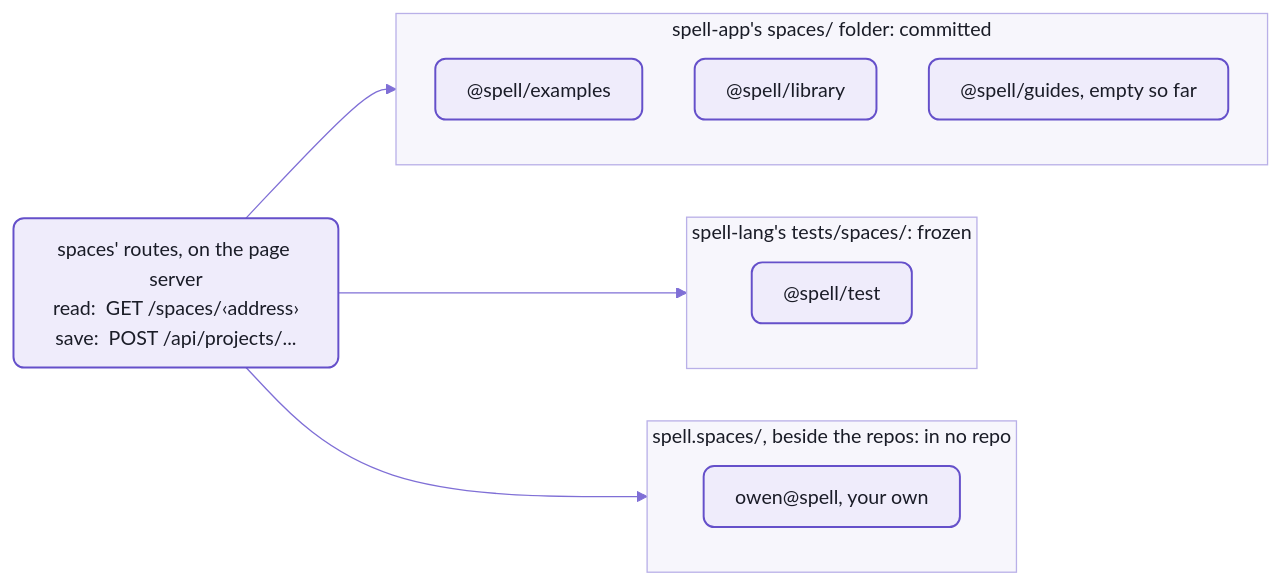
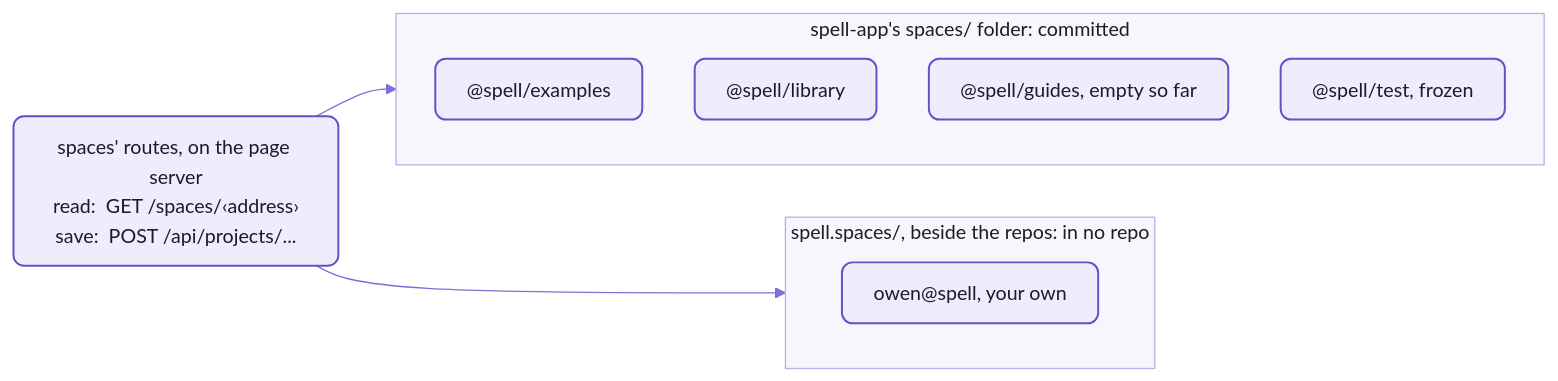
Before and after one commit to spell-app/spell: the first of 2 diagrams in app/README-spaces.md, drawn with Mermaid. The commit also changed other lines of this file and 187 other files, not shown here.

Commit message:
spanish P18, J73-J77:  Move the @spell Projects -- @spell/test lives in spell-app with every @spell group;  the 223 tests that compile whole projects moved up with it (spell-lang 3736 -> 3513, spell-app 761 -> 984);  fixture helpers are spell-app/spaces/test

````diff
--- a/app/README-spaces.md
+++ b/app/README-spaces.md
@@ -37,21 +37,18 @@
 ```mermaid
 %%{init: {"theme":"base","themeVariables":{"fontFamily":"-apple-system, BlinkMacSystemFont, Segoe UI, Helvetica, Arial, sans-serif","fontSize":"15px","primaryColor":"#EFECFB","primaryBorderColor":"#6550CA","primaryTextColor":"#1A1C27","secondaryColor":"#F4F1E9","tertiaryColor":"#F7F6FC","lineColor":"#7F6FD6","textColor":"#7F6FD6","clusterBkg":"#F7F6FC","clusterBorder":"#B9B0E8","titleColor":"#1A1C27","edgeLabelBackground":"#F7F6FC","actorBkg":"#EFECFB","actorBorder":"#6550CA","actorTextColor":"#1A1C27","actorLineColor":"#9C90DE","signalColor":"#7F6FD6","signalTextColor":"#7F6FD6","labelBoxBkgColor":"#EFECFB","labelBoxBorderColor":"#6550CA","labelTextColor":"#1A1C27","loopTextColor":"#7F6FD6","noteBkgColor":"#F1E7D4","noteBorderColor":"#C9B48A","noteTextColor":"#1A1C27","activationBkgColor":"#DCD6F7","activationBorderColor":"#6550CA","sequenceNumberColor":"#FFFFFF"},"flowchart":{"curve":"basis","padding":12,"nodeSpacing":40,"rankSpacing":44}}}%%
 flowchart LR
   server["spaces' routes, on the page server<br/>read:  GET /spaces/‹address›<br/>save:  POST /api/projects/..."]
   subgraph app["spell-app's spaces/ folder:  committed"]
     examples["@spell/examples"]
     library["@spell/library"]
     guides["@spell/guides, empty so far"]
-  end
-  subgraph lang["spell-lang's tests/spaces/:  frozen"]
-    tests["@spell/test"]
+    tests["@spell/test, frozen"]
   end
   subgraph yours["spell.spaces/, beside the repos:  in no repo"]
     own["owen@spell, your own"]
   end
   server --> app
-  server --> lang
   server --> yours
   %% the Spell look:  yarn mermaid:pretty
   classDef default fill:#EFECFB,stroke:#6550CA,stroke-width:1.5px,color:#1A1C27,rx:8px,ry:8px
 ```
````
